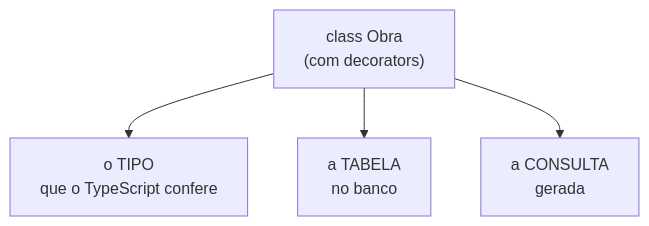
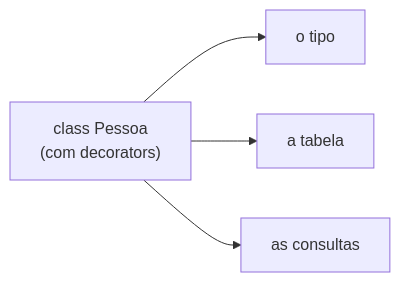
Before and after one commit to heliobentzen/dpw: the first of 2 diagrams in modulos/04-entidades-typeorm/README.md, drawn with Mermaid. The commit also changed other lines of this file and 78 other files, not shown here.

````diff
--- a/modulos/04-entidades-typeorm/README.md
+++ b/modulos/04-entidades-typeorm/README.md
@@ -302,6 +41,6 @@
 ```mermaid
-flowchart TB
-    O["class Obra<br/>(com decorators)"] --> T["o TIPO<br/>que o TypeScript confere"]
-    O --> B["a TABELA<br/>no banco"]
-    O --> Q["a CONSULTA<br/>gerada"]
+flowchart LR
+    C["class Pessoa<br/>(com decorators)"] --> T["o tipo"]
+    C --> B["a tabela"]
+    C --> Q["as consultas"]
 ```
````
